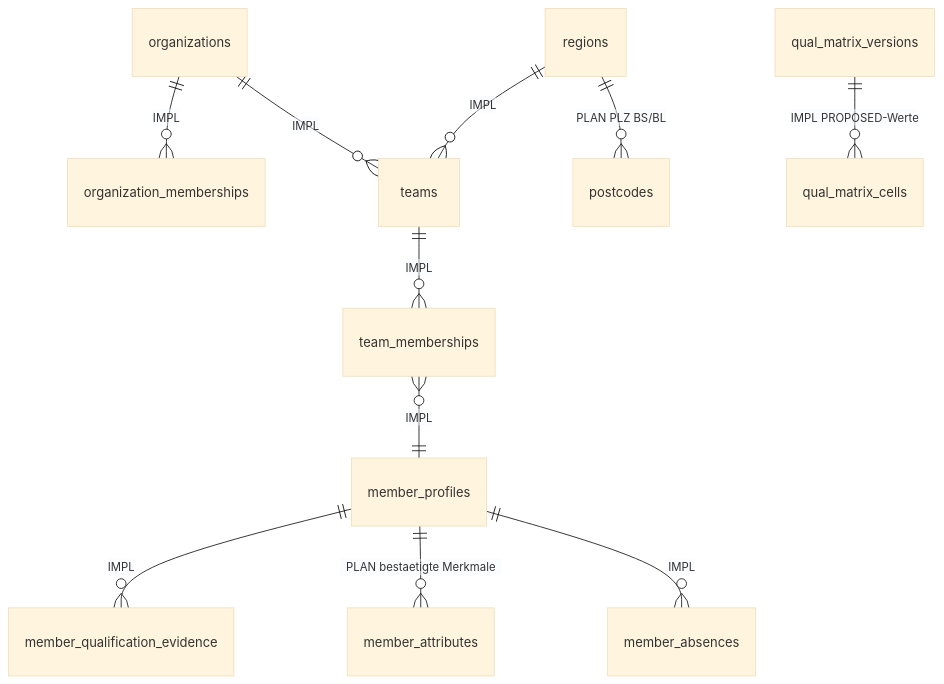
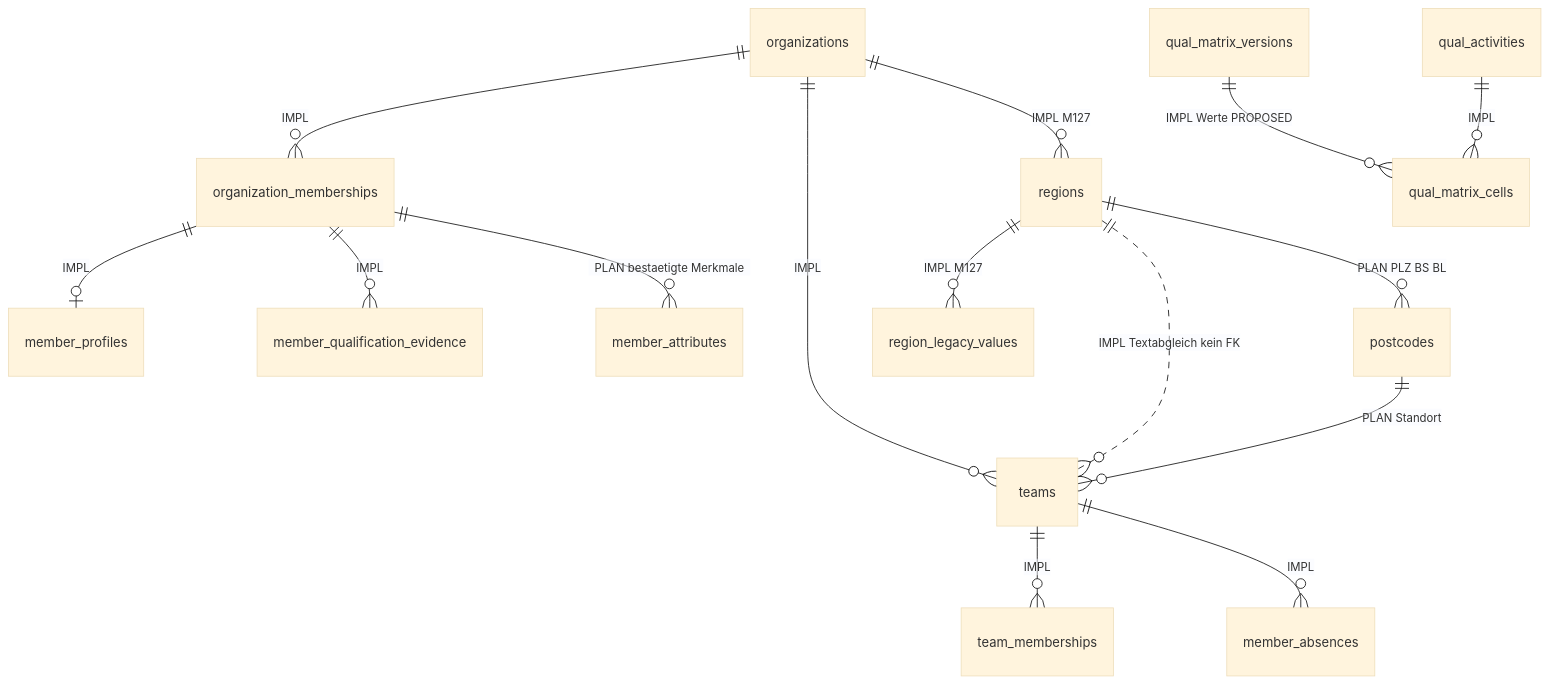
Before and after one commit to Ivica1984/navora-mvp: the second of 4 diagrams in docs/architecture/ARCHITECTURE_HANDBOOK_V2.md, drawn with Mermaid (base theme). The commit also changed other lines of this file and 28 other files, not shown here.

````diff
--- a/docs/architecture/ARCHITECTURE_HANDBOOK_V2.md
+++ b/docs/architecture/ARCHITECTURE_HANDBOOK_V2.md
@@ -258,13 +326,17 @@
 ```mermaid
 erDiagram
   organizations ||--o{ organization_memberships : "IMPL"
   organizations ||--o{ teams : "IMPL"
-  regions ||--o{ teams : "IMPL"
-  regions ||--o{ postcodes : "PLAN PLZ BS/BL"
+  organizations ||--o{ regions : "IMPL M127"
+  regions ||--o{ region_legacy_values : "IMPL M127"
+  regions ||..o{ teams : "IMPL Textabgleich kein FK"
   teams ||--o{ team_memberships : "IMPL"
-  team_memberships }o--|| member_profiles : "IMPL"
-  member_profiles ||--o{ member_qualification_evidence : "IMPL"
-  member_profiles ||--o{ member_attributes : "PLAN bestaetigte Merkmale"
-  member_profiles ||--o{ member_absences : "IMPL"
-  qual_matrix_versions ||--o{ qual_matrix_cells : "IMPL PROPOSED-Werte"
+  organization_memberships ||--o| member_profiles : "IMPL"
+  organization_memberships ||--o{ member_qualification_evidence : "IMPL"
+  teams ||--o{ member_absences : "IMPL"
+  qual_matrix_versions ||--o{ qual_matrix_cells : "IMPL Werte PROPOSED"
+  qual_activities ||--o{ qual_matrix_cells : "IMPL"
+  regions ||--o{ postcodes : "PLAN PLZ BS BL"
+  postcodes ||--o{ teams : "PLAN Standort"
+  organization_memberships ||--o{ member_attributes : "PLAN bestaetigte Merkmale"
 ```
````
